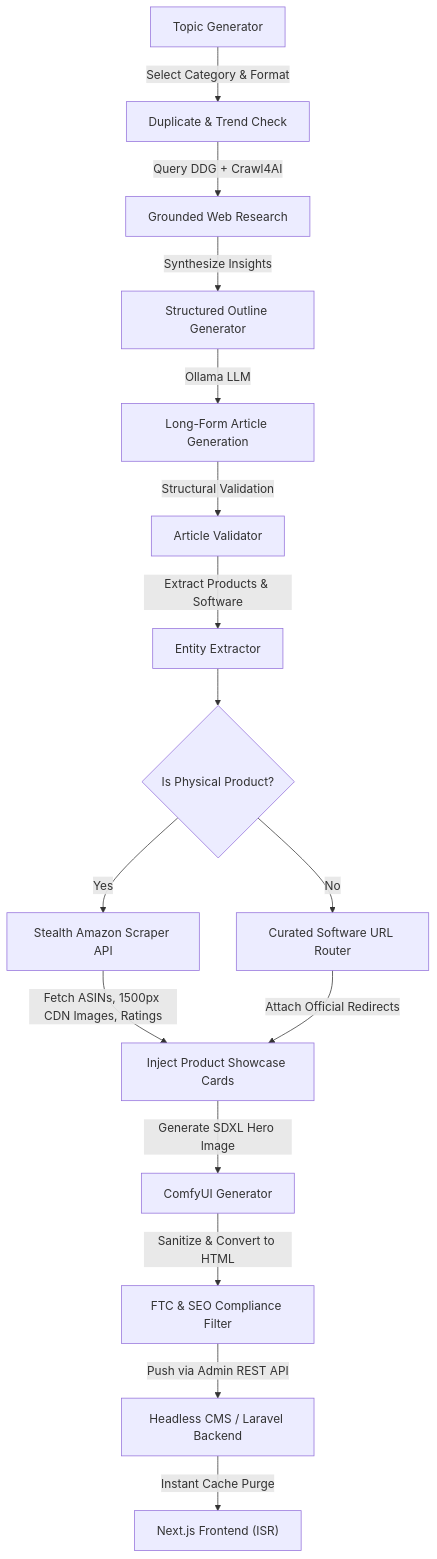
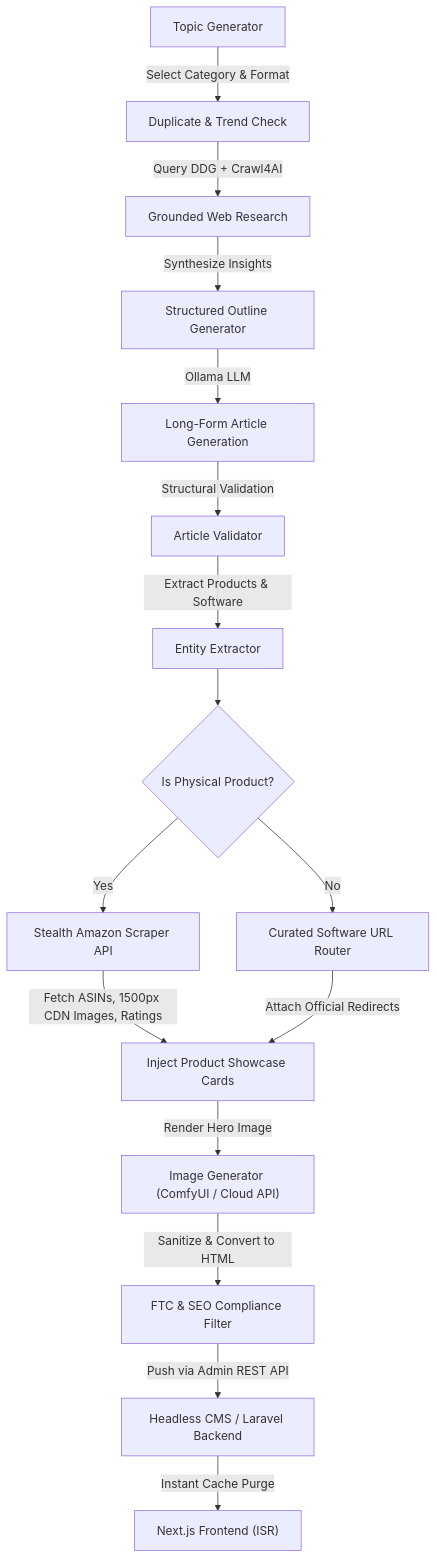
One commit to Joshualeexy/AffiliateKage changed the diagram in README.md. Above: the diagram before and after it, drawn with Mermaid. The commit also changed other lines of this file and 1 other file, not shown here.

Commit message:
docs: polish README with 1-click installer, pluggable image generation, and system architecture

````diff
--- a/README.md
+++ b/README.md
@@ -30,18 +30,18 @@
 ```mermaid
 flowchart TD
     A["Topic Generator"] -->|Select Category & Format| B["Duplicate & Trend Check"]
     B -->|Query DDG + Crawl4AI| C["Grounded Web Research"]
     C -->|Synthesize Insights| D["Structured Outline Generator"]
     D -->|Ollama LLM| E["Long-Form Article Generation"]
     E -->|Structural Validation| F["Article Validator"]
     F -->|Extract Products & Software| G["Entity Extractor"]
     G --> H{"Is Physical Product?"}
     H -->|Yes| I["Stealth Amazon Scraper API"]
     H -->|No| J["Curated Software URL Router"]
     I -->|Fetch ASINs, 1500px CDN Images, Ratings| K["Inject Product Showcase Cards"]
     J -->|Attach Official Redirects| K
-    K -->|Generate SDXL Hero Image| L["ComfyUI Generator"]
+    K -->|Render Hero Image| L["Image Generator (ComfyUI / Cloud API)"]
     L -->|Sanitize & Convert to HTML| M["FTC & SEO Compliance Filter"]
     M -->|Push via Admin REST API| N["Headless CMS / Laravel Backend"]
     N -->|Instant Cache Purge| O["Next.js Frontend (ISR)"]
 ```
````
